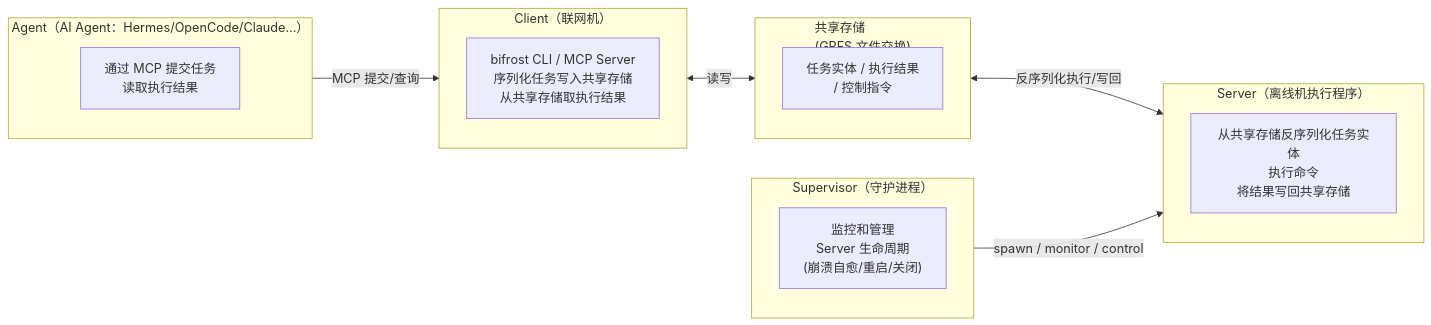
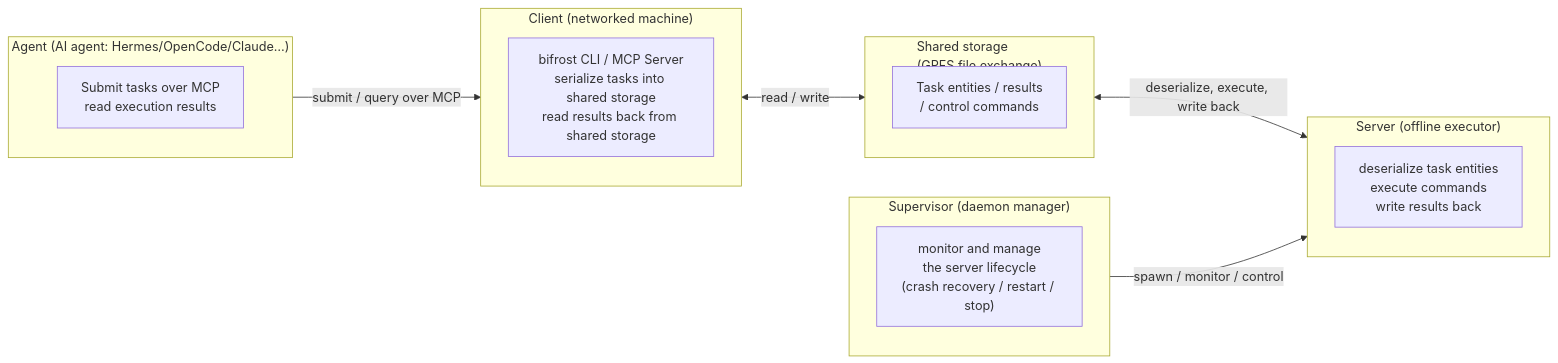
One commit to peterlau123/bifrost changed the first of 3 diagrams in README.md. Above: the diagram before and after it, drawn with Mermaid. The commit also changed other lines of this file and 1 other file, not shown here.

````diff
--- a/README.md
+++ b/README.md
@@ -102,27 +102,27 @@
 ```mermaid
 flowchart LR
-    subgraph Agent["Agent（AI Agent：Hermes/OpenCode/Claude…）"]
-        A1["通过 MCP 提交任务<br/>读取执行结果"]
+    subgraph Agent["Agent (AI agent: Hermes/OpenCode/Claude…)"]
+        A1["Submit tasks over MCP<br/>read execution results"]
     end
 
-    subgraph Client["Client（联网机）"]
-        C1["bifrost CLI / MCP Server<br/>序列化任务写入共享存储<br/>从共享存储取执行结果"]
+    subgraph Client["Client (networked machine)"]
+        C1["bifrost CLI / MCP Server<br/>serialize tasks into shared storage<br/>read results back from shared storage"]
     end
 
-    subgraph SS["共享存储<br/>(GPFS 文件交换)"]
-        S1["任务实体 / 执行结果<br/>/ 控制指令"]
+    subgraph SS["Shared storage<br/>(GPFS file exchange)"]
+        S1["Task entities / results<br/>/ control commands"]
     end
 
-    subgraph Server["Server（离线机执行程序）"]
-        R1["从共享存储反序列化任务实体<br/>执行命令<br/>将结果写回共享存储"]
+    subgraph Server["Server (offline executor)"]
+        R1["deserialize task entities<br/>execute commands<br/>write results back"]
     end
 
-    subgraph Supervisor["Supervisor（守护进程）"]
-        V1["监控和管理<br/>Server 生命周期<br/>(崩溃自愈/重启/关闭)"]
+    subgraph Supervisor["Supervisor (daemon manager)"]
+        V1["monitor and manage<br/>the server lifecycle<br/>(crash recovery / restart / stop)"]
     end
 
-    Agent -->|"MCP 提交/查询"| Client
-    Client <-->|"读写"| SS
-    SS <-->|"反序列化执行/写回"| Server
+    Agent -->|"submit / query over MCP"| Client
+    Client <-->|"read / write"| SS
+    SS <-->|"deserialize, execute, write back"| Server
     Supervisor -->|"spawn / monitor / control"| Server
 ```
````
